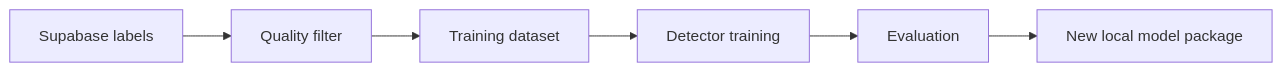
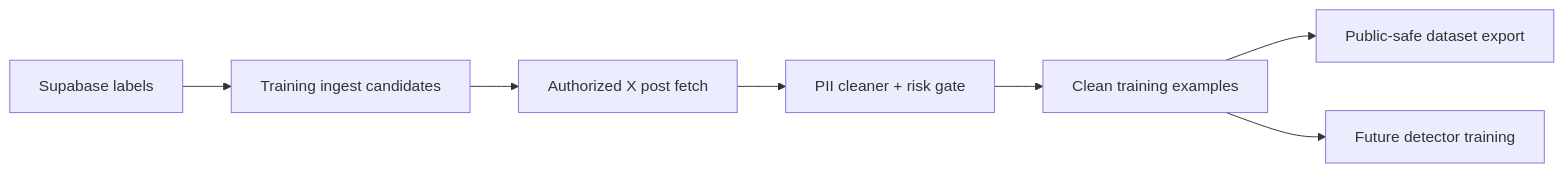
One commit to Jiyungi/slop-frog changed the second of 2 diagrams in specs/slop-frog/design.md. Above: the diagram before and after it, drawn with Mermaid. The commit also changed other lines of this file and 14 other files, not shown here.

Commit message:
Add privacy-safe training data pipeline

````diff
--- a/specs/slop-frog/design.md
+++ b/specs/slop-frog/design.md
@@ -445,8 +445,9 @@
 ```mermaid
 graph LR
-    Labels[Supabase labels] --> Select[Quality filter]
-    Select --> Dataset[Training dataset]
-    Dataset --> Train[Detector training]
-    Train --> Eval[Evaluation]
-    Eval --> Release[New local model package]
+    Labels[Supabase labels] --> Queue[Training ingest candidates]
+    Queue --> Fetch[Authorized X post fetch]
+    Fetch --> Clean[PII cleaner + risk gate]
+    Clean --> Dataset[Clean training examples]
+    Dataset --> Export[Public-safe dataset export]
+    Dataset --> Train[Future detector training]
 ```
````
